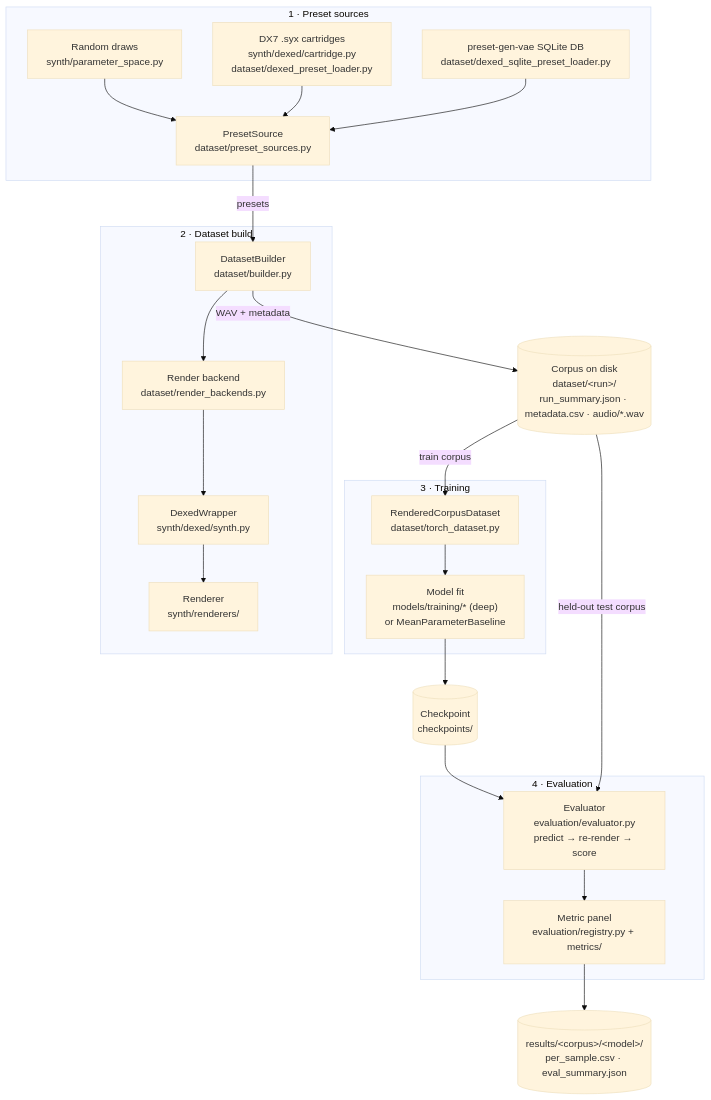
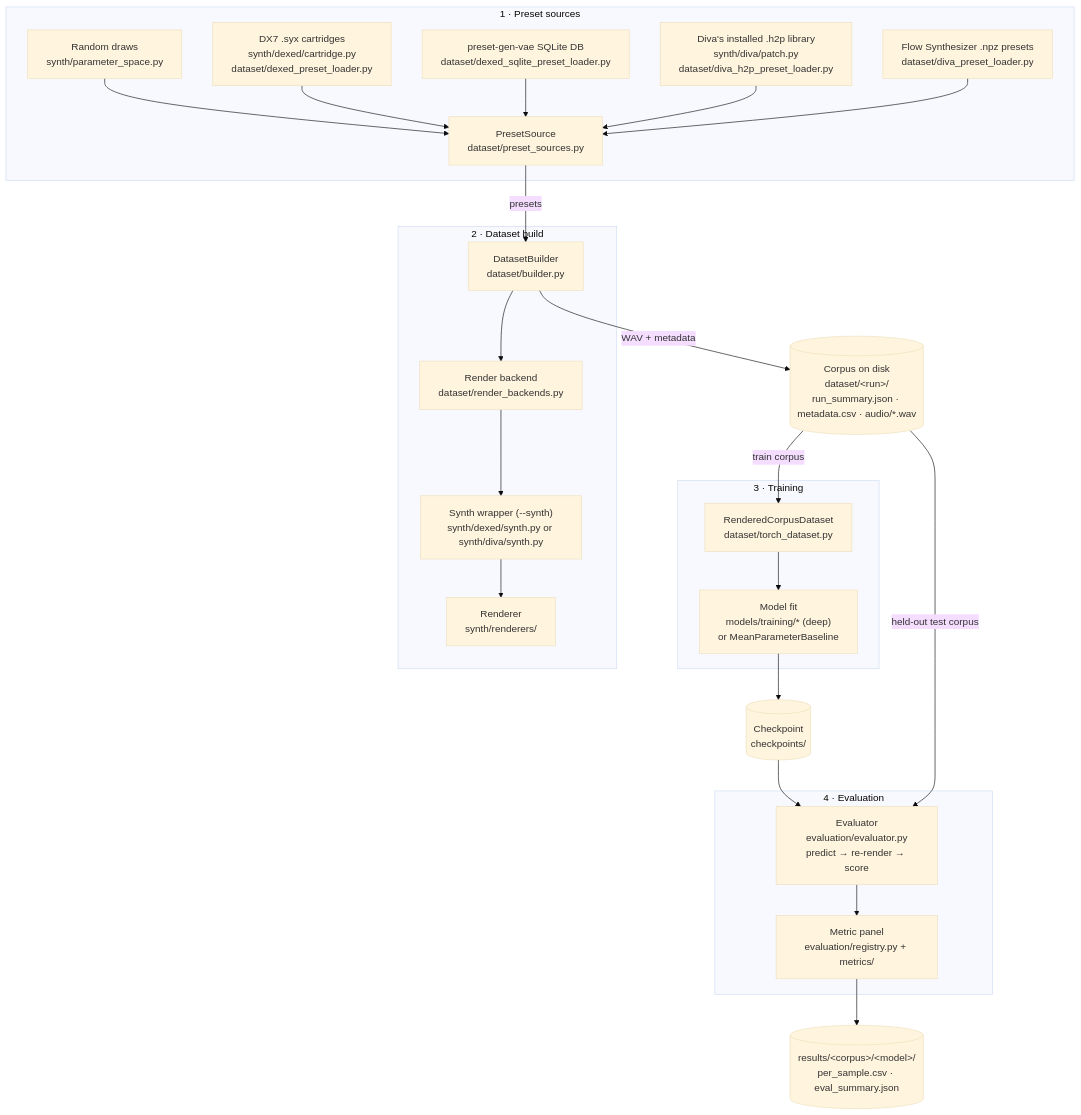
One commit to brunogawecki/Sound-Matching-Evaluation-Framework changed the diagram in docs/ARCHITECTURE.md. Above: the diagram before and after it, drawn with Mermaid (base theme). The commit also changed other lines of this file and 46 other files, not shown here.

First line of the commit message:
Add u-he Diva as the second synthesizer (#42)

````diff
--- a/docs/ARCHITECTURE.md
+++ b/docs/ARCHITECTURE.md
@@ -13,46 +14,50 @@
 ```mermaid
 flowchart TD
     subgraph SOURCES["1 · Preset sources"]
         RAND["Random draws<br>synth/parameter_space.py"]
         SYX["DX7 .syx cartridges<br>synth/dexed/cartridge.py<br>dataset/dexed_preset_loader.py"]
         SQL["preset-gen-vae SQLite DB<br>dataset/dexed_sqlite_preset_loader.py"]
+        DIVAH2P["Diva's installed .h2p library<br>synth/diva/patch.py<br>dataset/diva_h2p_preset_loader.py"]
+        DIVANPZ["Flow Synthesizer .npz presets<br>dataset/diva_preset_loader.py"]
         SRC["PresetSource<br>dataset/preset_sources.py"]
         RAND --> SRC
         SYX --> SRC
         SQL --> SRC
+        DIVAH2P --> SRC
+        DIVANPZ --> SRC
     end
 
     subgraph BUILD["2 · Dataset build"]
         BUILDER["DatasetBuilder<br>dataset/builder.py"]
         BACKEND["Render backend<br>dataset/render_backends.py"]
-        WRAPPER["DexedWrapper<br>synth/dexed/synth.py"]
+        WRAPPER["Synth wrapper (--synth)<br>synth/dexed/synth.py or synth/diva/synth.py"]
         ENGINE["Renderer<br>synth/renderers/"]
         BUILDER --> BACKEND --> WRAPPER --> ENGINE
     end
 
     SRC -- "presets" --> BUILDER
 
     CORPUS[("Corpus on disk<br>dataset/&lt;run&gt;/<br>run_summary.json · metadata.csv · audio/*.wav")]
     BUILDER -- "WAV + metadata" --> CORPUS
 
     subgraph TRAIN["3 · Training"]
         DS["RenderedCorpusDataset<br>dataset/torch_dataset.py"]
         FIT["Model fit<br>models/training/* (deep)<br>or MeanParameterBaseline"]
         DS --> FIT
     end
 
     CORPUS -- "train corpus" --> DS
     CKPT[("Checkpoint<br>checkpoints/")]
     FIT --> CKPT
 
     subgraph EVAL["4 · Evaluation"]
         EVALUATOR["Evaluator<br>evaluation/evaluator.py<br>predict → re-render → score"]
         PANEL["Metric panel<br>evaluation/registry.py + metrics/"]
         EVALUATOR --> PANEL
     end
 
     CKPT --> EVALUATOR
     CORPUS -- "held-out test corpus" --> EVALUATOR
     RESULTS[("results/&lt;corpus&gt;/&lt;model&gt;/<br>per_sample.csv · eval_summary.json")]
     PANEL --> RESULTS
 ```
````
